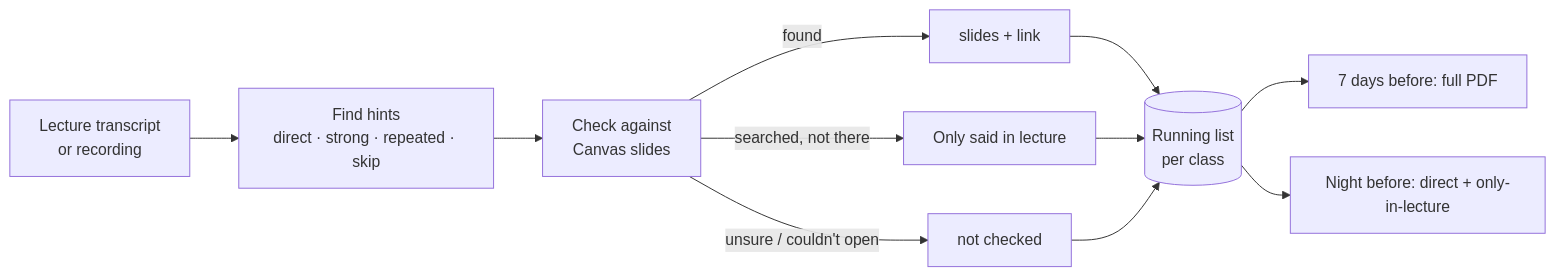
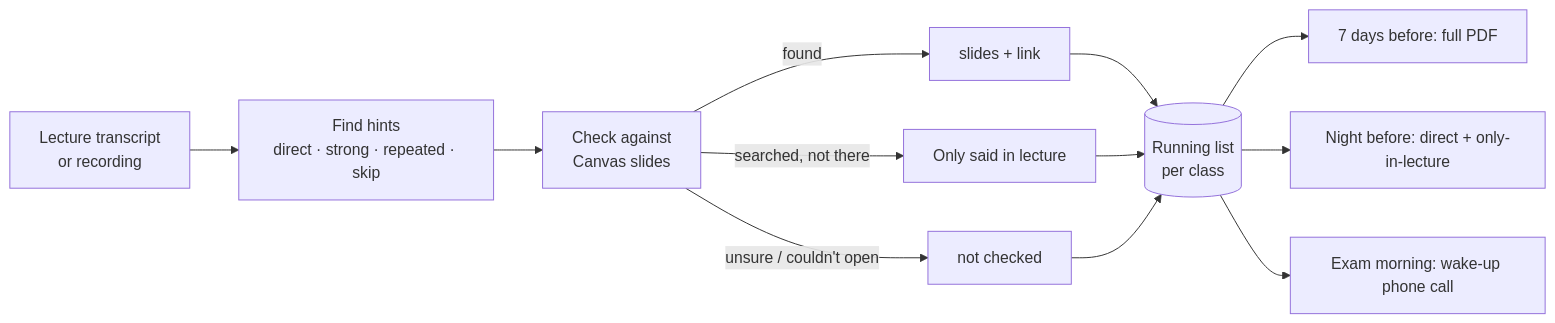
Before and after one commit to Levvvinnn/front-row-repo: the diagram in README.md, drawn with Mermaid. The commit also changed other lines of this file and 3 other files, not shown here.

First line of the commit message:
Add exam-morning wake-up call

````diff
--- a/README.md
+++ b/README.md
@@ -42,11 +43,12 @@
 ```mermaid
 flowchart LR
     A[Lecture transcript<br/>or recording] --> B[Find hints<br/>direct · strong · repeated · skip]
     B --> C[Check against<br/>Canvas slides]
     C -->|found| D[slides + link]
     C -->|searched, not there| E[Only said in lecture]
     C -->|unsure / couldn't open| F[not checked]
     D & E & F --> G[(Running list<br/>per class)]
     G --> H[7 days before: full PDF]
     G --> I[Night before: direct + only-in-lecture]
+    G --> J[Exam morning: wake-up phone call]
 ```
````
